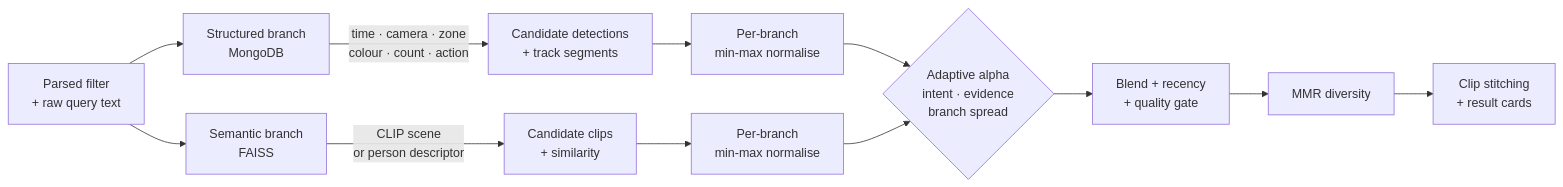
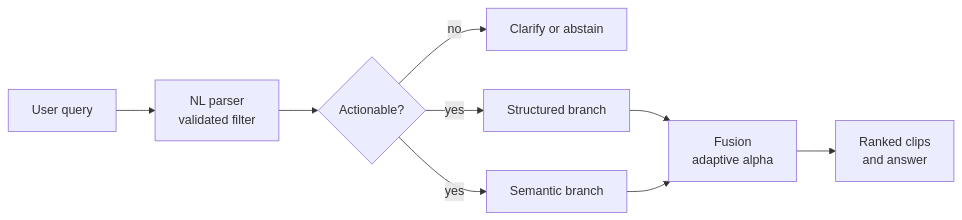
The second of 3 diagrams in README.md (sujalmh/AI-Powered-Surveillance-System-with-Natural-Language-based-Querying), drawn with Mermaid before and after one commit. The commit also changed other lines of this file, not shown here.

First line of the commit message:
docs: simplify README and fix diagram rendering

````diff
--- a/README.md
+++ b/README.md
@@ -128,17 +59,11 @@
 ```mermaid
 flowchart LR
-    Q["Parsed filter<br/>+ raw query text"] --> ST["Structured branch<br/>MongoDB"]
-    Q --> SE["Semantic branch<br/>FAISS"]
-
-    ST -->|"time · camera · zone<br/>colour · count · action"| CAND1["Candidate detections<br/>+ track segments"]
-    SE -->|"CLIP scene<br/>or person descriptor"| CAND2["Candidate clips<br/>+ similarity"]
-
-    CAND1 --> NORM1["Per-branch<br/>min-max normalise"]
-    CAND2 --> NORM2["Per-branch<br/>min-max normalise"]
-
-    NORM1 --> ALPHA{"Adaptive alpha<br/>intent · evidence<br/>branch spread"}
-    NORM2 --> ALPHA
-    ALPHA --> MERGE["Blend + recency<br/>+ quality gate"]
-    MERGE --> MMR["MMR diversity"]
-    MMR --> CLIPS["Clip stitching<br/>+ result cards"]
+    Q["User query"] --> P["NL parser<br/>validated filter"]
+    P --> C{"Actionable?"}
+    C -->|no| X["Clarify or abstain"]
+    C -->|yes| S["Structured branch"]
+    C -->|yes| V["Semantic branch"]
+    S --> F["Fusion<br/>adaptive alpha"]
+    V --> F
+    F --> R["Ranked clips<br/>and answer"]
 ```
````
